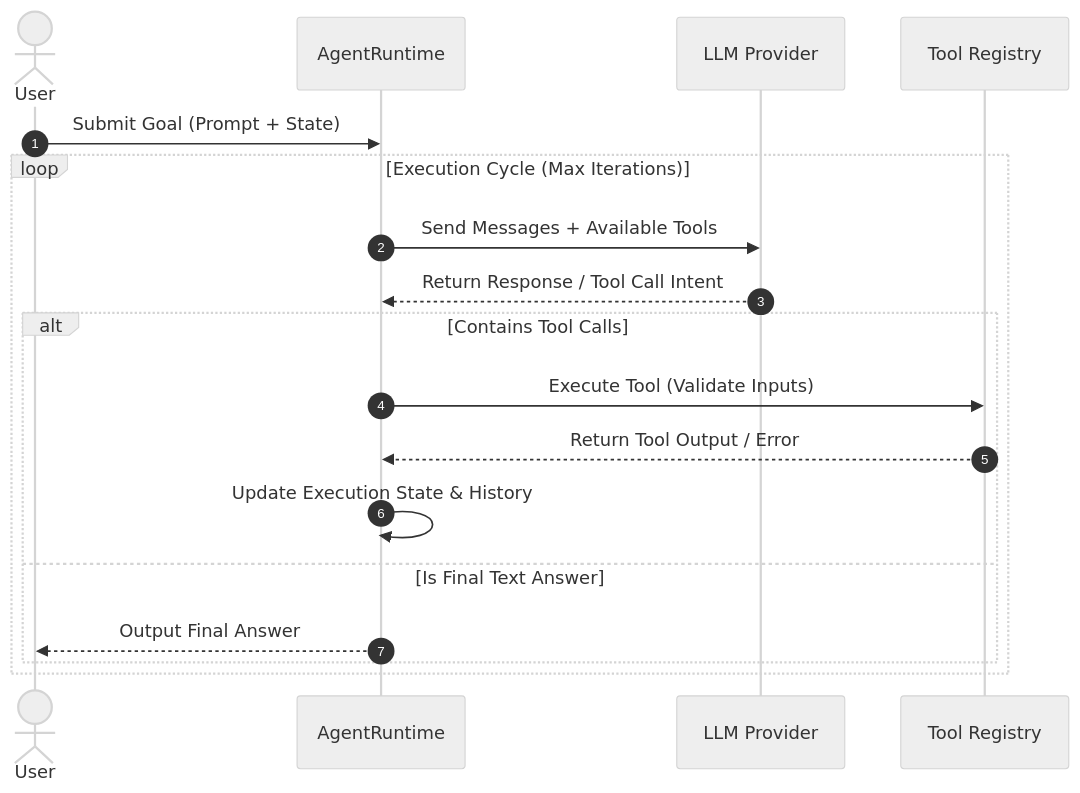
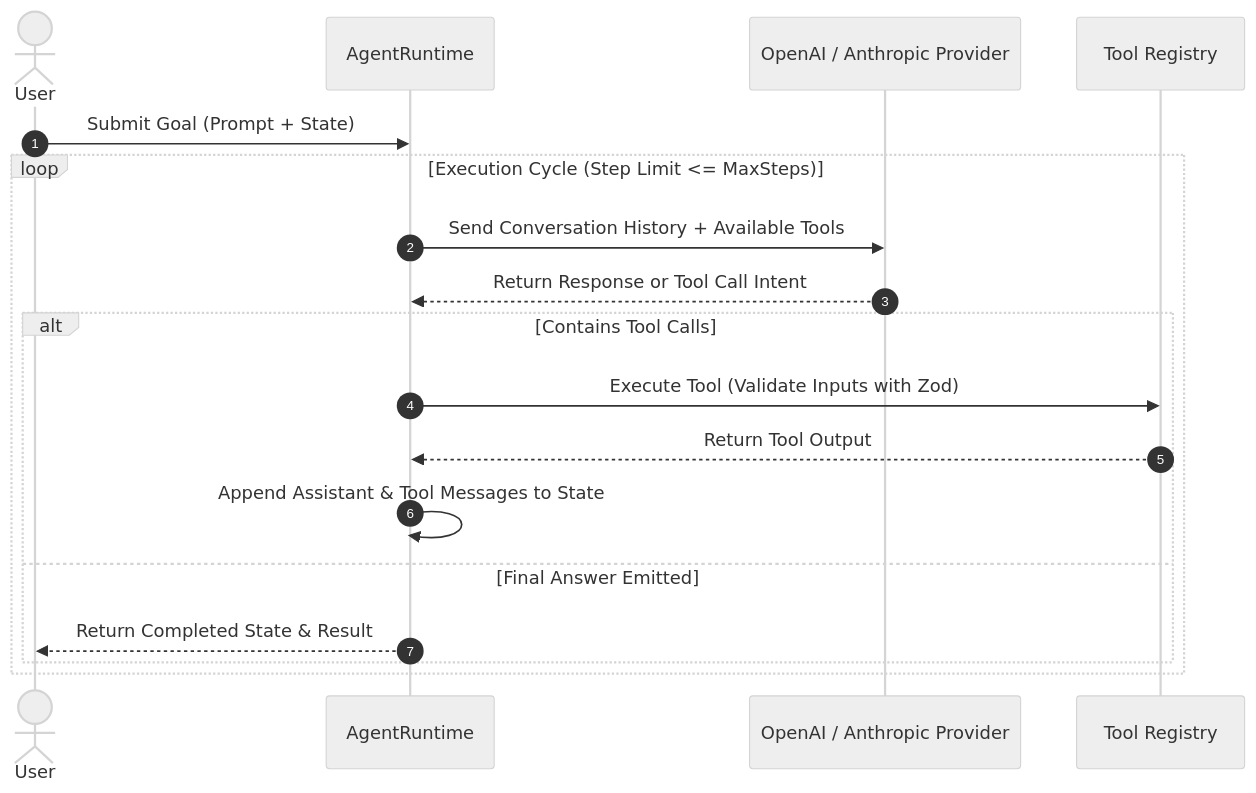
Before and after one commit to Ovanthra-Inc/sidhya-blog: the diagram in content/posts/ai-engineering-from-zero/multi-agent-framework-part-1-architecture.mdx, drawn with Mermaid (neutral theme). The commit also changed other lines of this file and 42 other files, not shown here.

````diff
--- a/content/posts/ai-engineering-from-zero/multi-agent-framework-part-1-architecture.mdx
+++ b/content/posts/ai-engineering-from-zero/multi-agent-framework-part-1-architecture.mdx
@@ -40,21 +40,21 @@
 ```mermaid
 sequenceDiagram
     autonumber
     actor User
     participant Runtime as AgentRuntime
-    participant LLM as LLM Provider
+    participant LLM as OpenAI / Anthropic Provider
     participant Tools as Tool Registry
 
     User->>Runtime: Submit Goal (Prompt + State)
-    loop Execution Cycle (Max Iterations)
-        Runtime->>LLM: Send Messages + Available Tools
-        LLM-->>Runtime: Return Response / Tool Call Intent
+    loop Execution Cycle (Step Limit <= MaxSteps)
+        Runtime->>LLM: Send Conversation History + Available Tools
+        LLM-->>Runtime: Return Response or Tool Call Intent
         alt Contains Tool Calls
-            Runtime->>Tools: Execute Tool (Validate Inputs)
-            Tools-->>Runtime: Return Tool Output / Error
-            Runtime->>Runtime: Update Execution State & History
-        else Is Final Text Answer
-            Runtime-->>User: Output Final Answer
+            Runtime->>Tools: Execute Tool (Validate Inputs with Zod)
+            Tools-->>Runtime: Return Tool Output
+            Runtime->>Runtime: Append Assistant & Tool Messages to State
+        else Final Answer Emitted
+            Runtime-->>User: Return Completed State & Result
         end
     end
 ```
````
